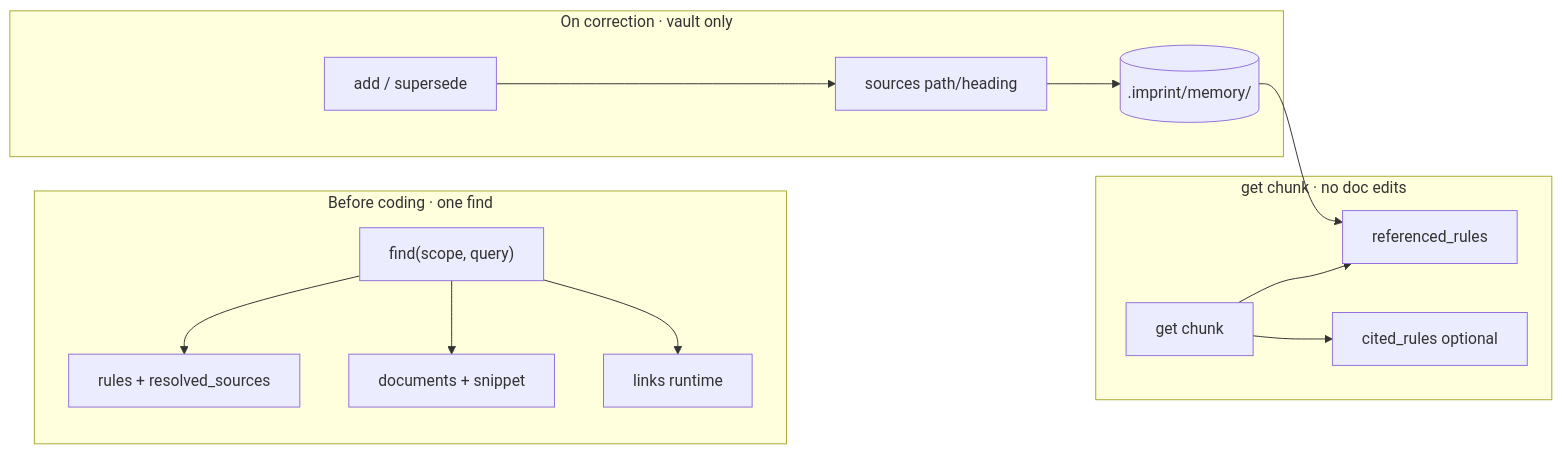
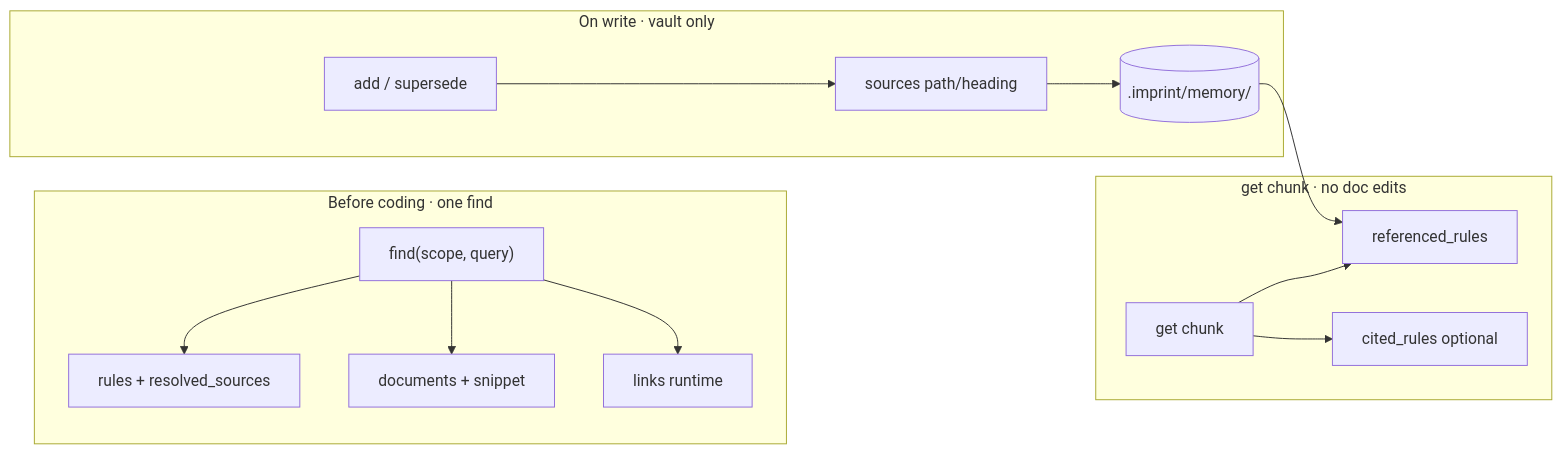
The diagram in docs/shelves-builtin.md (SteamedBread2333/imprint), drawn with Mermaid before and after one commit. The commit also changed other lines of this file and 13 other files, not shown here.

Commit message:
Revise documentation to clarify the write loop and user interactions with the vault. Update sections on memory writes, user preferences, and agent workflows. Enhance examples and descriptions in both English and Chinese to ensure consistency and improve understanding of the system's functionality.

````diff
--- a/docs/shelves-builtin.md
+++ b/docs/shelves-builtin.md
@@ -25,21 +25,21 @@
 ```mermaid
 flowchart LR
   subgraph recall [Before coding · one find]
     F["find(scope, query)"]
     F --> R[rules + resolved_sources]
     F --> D[documents + snippet]
     F --> L[links runtime]
   end
 
-  subgraph persist [On correction · vault only]
+  subgraph persist [On write · vault only]
     A[add / supersede] --> S[sources path/heading]
     S --> V[(.imprint/memory/)]
   end
 
   subgraph reverse [get chunk · no doc edits]
     G["get chunk"] --> RR[referenced_rules]
     G --> CR[cited_rules optional]
   end
 
   V --> RR
 ```
````
